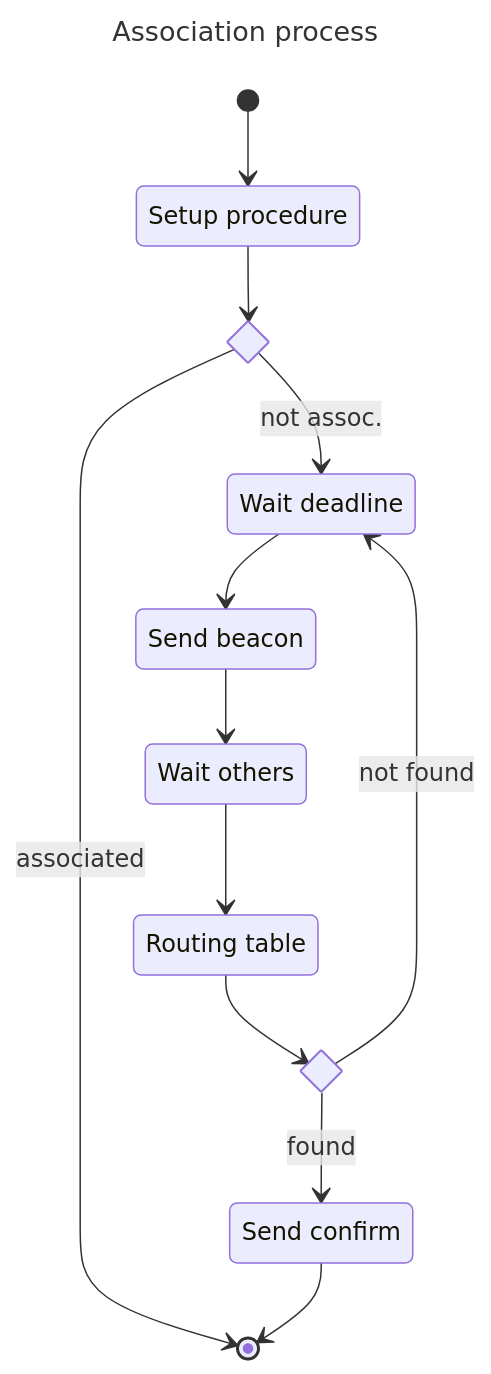
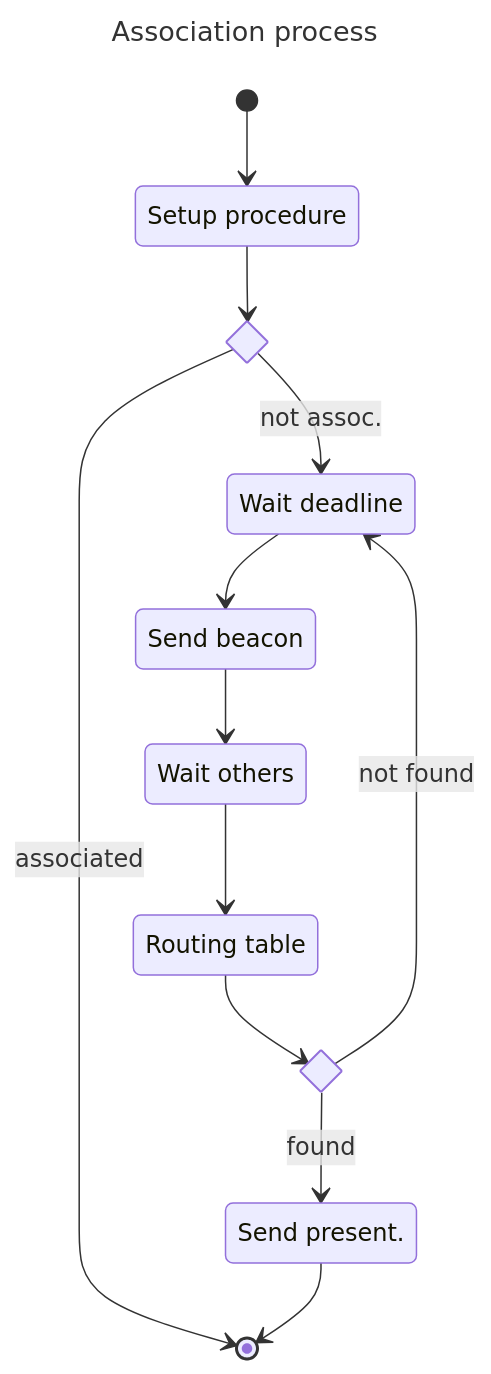
Before and after one commit to EspMeshMesh/espmeshmesh: the second of 3 diagrams in docs/rfc_starpath.md, drawn with Mermaid. The commit also changed other lines of this file, not shown here.

````diff
--- a/docs/rfc_starpath.md
+++ b/docs/rfc_starpath.md
@@ -118,28 +118,28 @@
 ```mermaid
 ---
 title: Association process
 config:
     stateDiagram:
 ---
 stateDiagram-v2
     direction TB
     state "Setup procedure" as setup
     state if_is_associated <<choice>>
     state "Wait deadline" as wait_beacon
     state "Send beacon" as beacon
     state "Wait others" as wait_neighbors
     state "Routing table" as route
     state if_neighbor_found <<choice>>
-    state "Send confirm" as confirm
+    state "Send present." as confirm
     [*] --> setup
     setup --> if_is_associated
     if_is_associated --> wait_beacon: not assoc.
     if_is_associated --> [*]: associated
     wait_beacon --> beacon
     beacon --> wait_neighbors
     wait_neighbors --> route
     route --> if_neighbor_found
     if_neighbor_found --> confirm: found
     if_neighbor_found --> wait_beacon: not found
     confirm --> [*]
 ```
````
